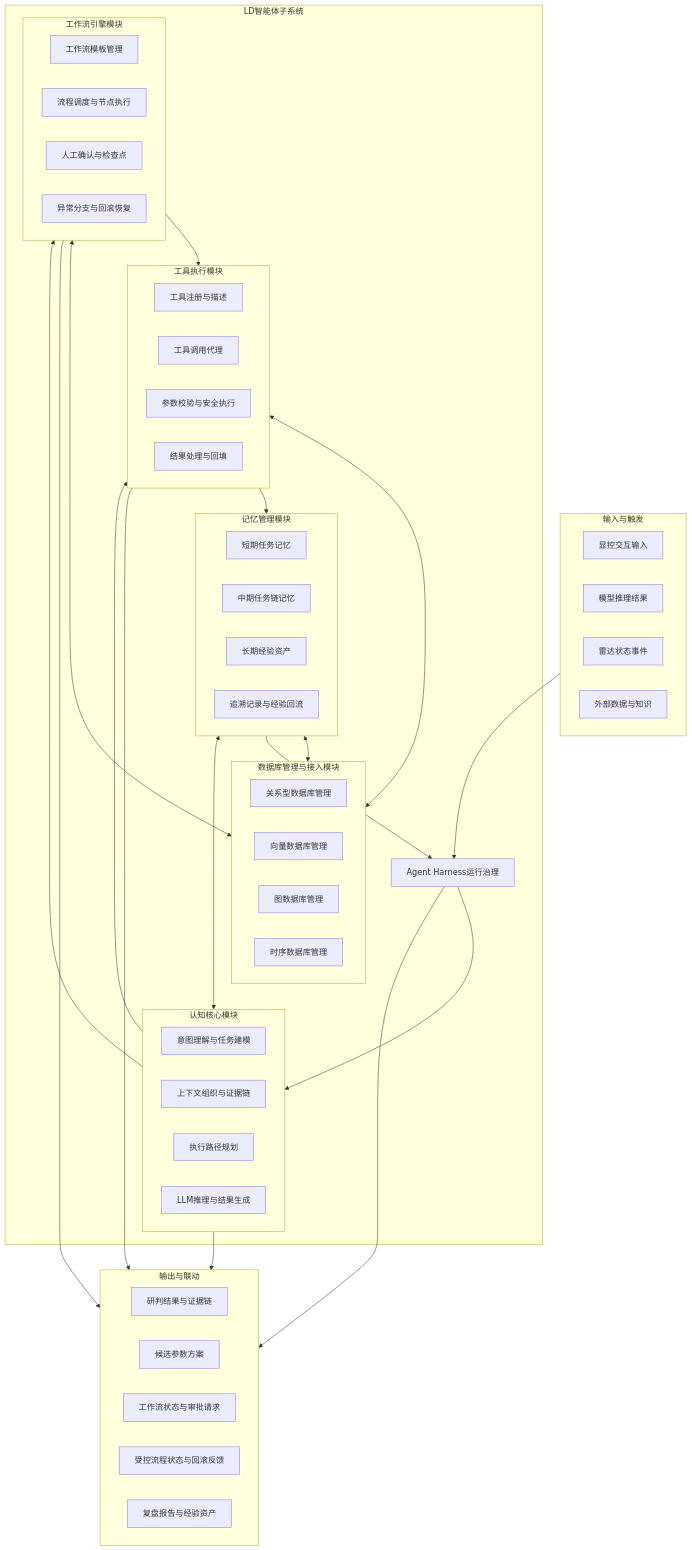
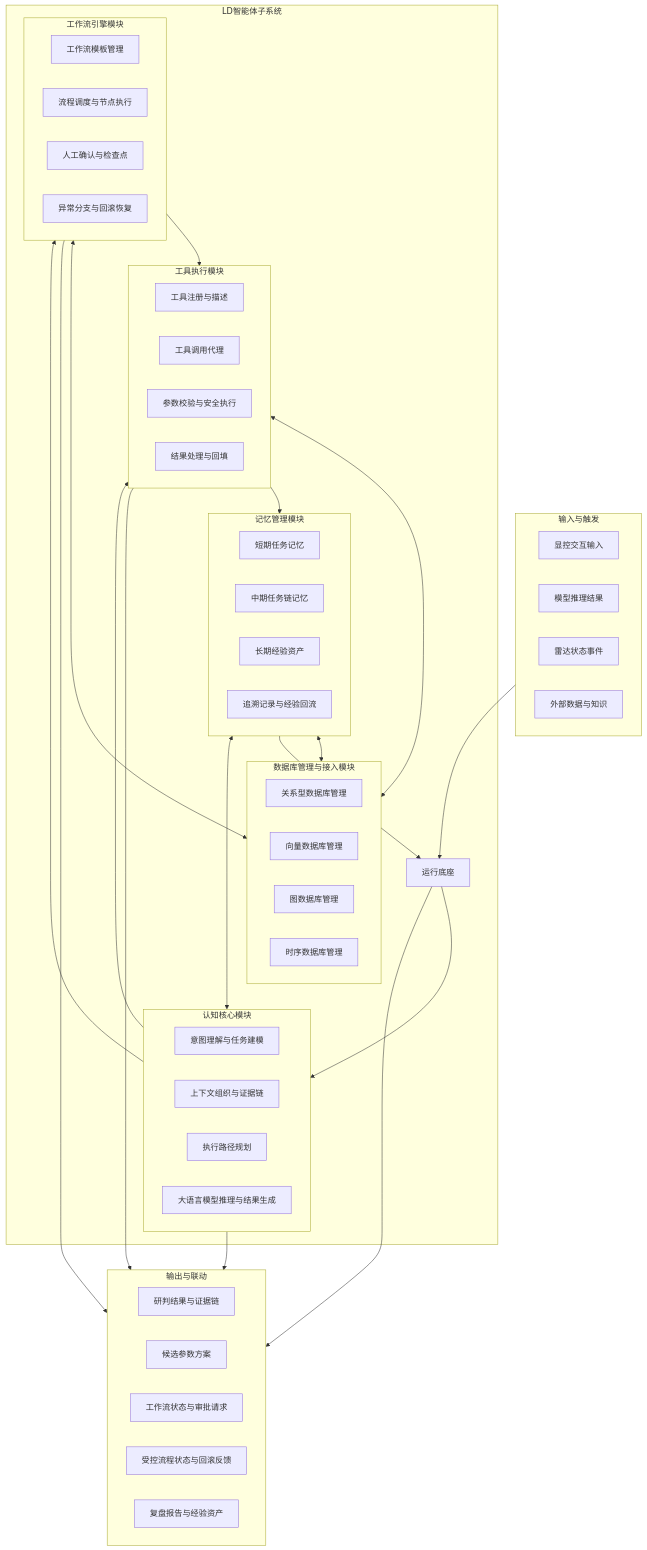
Before and after one commit to StormSeven1/obsidian-vault: the third of 7 diagrams in radar agent/4.3.3.2 LD智能体子系统技术方案.md, drawn with Mermaid. The commit also changed other lines of this file, not shown here.

````diff
--- a/radar agent/4.3.3.2 LD智能体子系统技术方案.md
+++ b/radar agent/4.3.3.2 LD智能体子系统技术方案.md
@@ -109,67 +109,67 @@
 ```mermaid
 graph TB
     subgraph INPUT[输入与触发]
         I1[显控交互输入]
         I2[模型推理结果]
         I3[雷达状态事件]
         I4[外部数据与知识]
     end
 
     subgraph CORE[LD智能体子系统]
-        H[Agent Harness运行治理]
+        H[运行底座]
         subgraph COG[认知核心模块]
             C1[意图理解与任务建模]
             C2[上下文组织与证据链]
             C3[执行路径规划]
-            C4[LLM推理与结果生成]
+            C4[大语言模型推理与结果生成]
         end
         subgraph MEM[记忆管理模块]
             M1[短期任务记忆]
             M2[中期任务链记忆]
             M3[长期经验资产]
             M4[追溯记录与经验回流]
         end
         subgraph TOOL[工具执行模块]
             T1[工具注册与描述]
             T2[工具调用代理]
             T3[参数校验与安全执行]
             T4[结果处理与回填]
         end
         subgraph WF[工作流引擎模块]
             W1[工作流模板管理]
             W2[流程调度与节点执行]
             W3[人工确认与检查点]
             W4[异常分支与回滚恢复]
         end
         subgraph DB[数据库管理与接入模块]
             D1[关系型数据库管理]
             D2[向量数据库管理]
             D3[图数据库管理]
             D4[时序数据库管理]
         end
     end
 
     subgraph OUTPUT[输出与联动]
         O1[研判结果与证据链]
         O2[候选参数方案]
         O3[工作流状态与审批请求]
         O4[受控流程状态与回滚反馈]
         O5[复盘报告与经验资产]
     end
 
     INPUT --> H
     H --> COG
     COG <--> MEM
     COG --> TOOL
     COG --> WF
     WF --> TOOL
     MEM <--> DB
     TOOL <--> DB
     WF <--> DB
     TOOL --> MEM
     MEM --> H
     TOOL --> OUTPUT
     WF --> OUTPUT
     COG --> OUTPUT
     H --> OUTPUT
 ```
````
